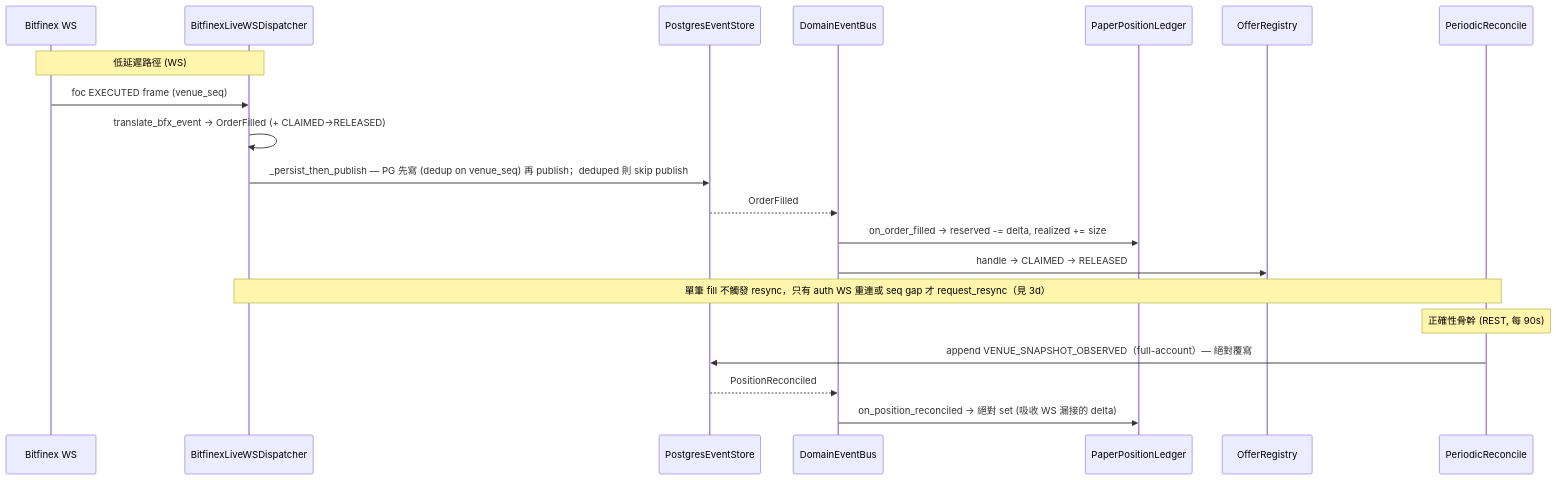
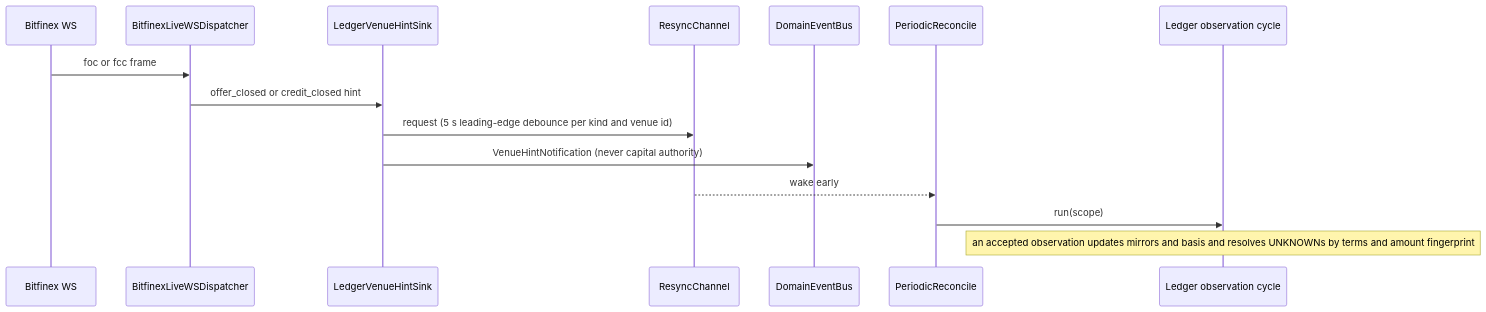
The fourth of 4 diagrams in backend/ARCHITECTURE.md (Will413028/bfx-funding-bot), drawn with Mermaid before and after one commit. The commit also changed other lines of this file and 3 other files, not shown here.

First line of the commit message:
docs(architecture): describe the ledger authority instead of the retired event store

````diff
--- a/backend/ARCHITECTURE.md
+++ b/backend/ARCHITECTURE.md
@@ -222,24 +190,18 @@
 ```mermaid
 sequenceDiagram
     participant BFX as Bitfinex WS
     participant WS as BitfinexLiveWSDispatcher
-    participant ST as PostgresEventStore
+    participant HS as LedgerVenueHintSink
+    participant RS as ResyncChannel
     participant BUS as DomainEventBus
-    participant LED as PaperPositionLedger
-    participant REG as OfferRegistry
     participant PR as PeriodicReconcile
+    participant CY as Ledger observation cycle
 
-    Note over BFX,WS: 低延遲路徑 (WS)
-    BFX->>WS: foc EXECUTED frame (venue_seq)
-    WS->>WS: translate_bfx_event → OrderFilled (+ CLAIMED→RELEASED)
-    WS->>ST: _persist_then_publish — PG 先寫 (dedup on venue_seq) 再 publish；deduped 則 skip publish
-    ST-->>BUS: OrderFilled
-    BUS->>LED: on_order_filled → reserved -= delta, realized += size
-    BUS->>REG: handle → CLAIMED → RELEASED
-    Note over WS,PR: 單筆 fill 不觸發 resync，只有 auth WS 重連或 seq gap 才 request_resync（見 3d）
-
-    Note over PR: 正確性骨幹 (REST, 每 90s)
-    PR->>ST: append VENUE_SNAPSHOT_OBSERVED（full-account）— 絕對覆寫
-    ST-->>BUS: PositionReconciled
-    BUS->>LED: on_position_reconciled → 絕對 set (吸收 WS 漏接的 delta)
+    BFX->>WS: foc or fcc frame
+    WS->>HS: offer_closed or credit_closed hint
+    HS->>RS: request (5 s leading-edge debounce per kind and venue id)
+    HS->>BUS: VenueHintNotification (never capital authority)
+    RS-->>PR: wake early
+    PR->>CY: run(scope)
+    Note over CY: an accepted observation updates mirrors and basis and resolves UNKNOWNs by terms and amount fingerprint
 ```
````
